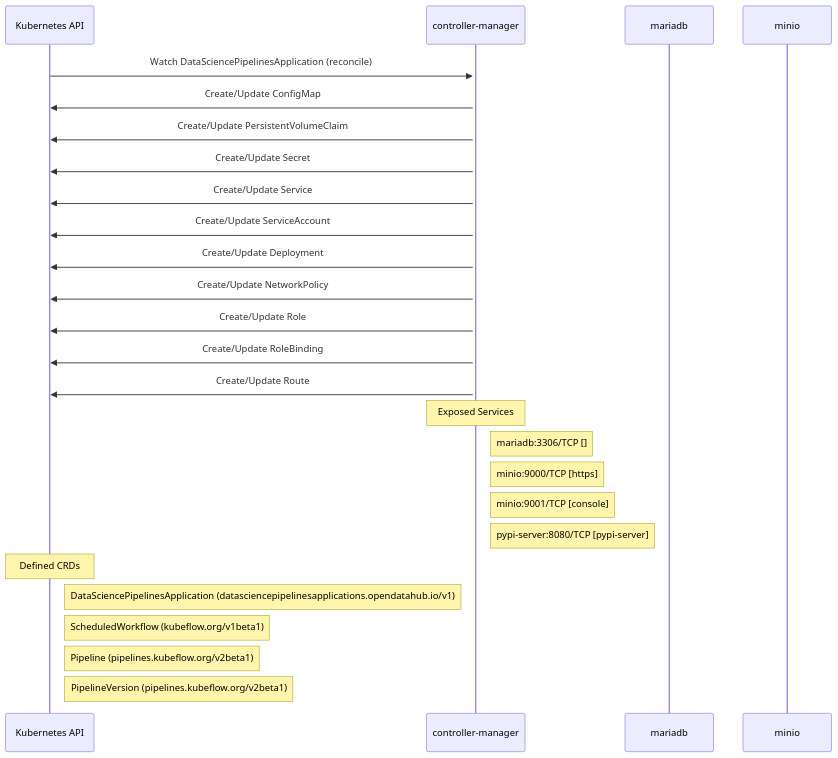
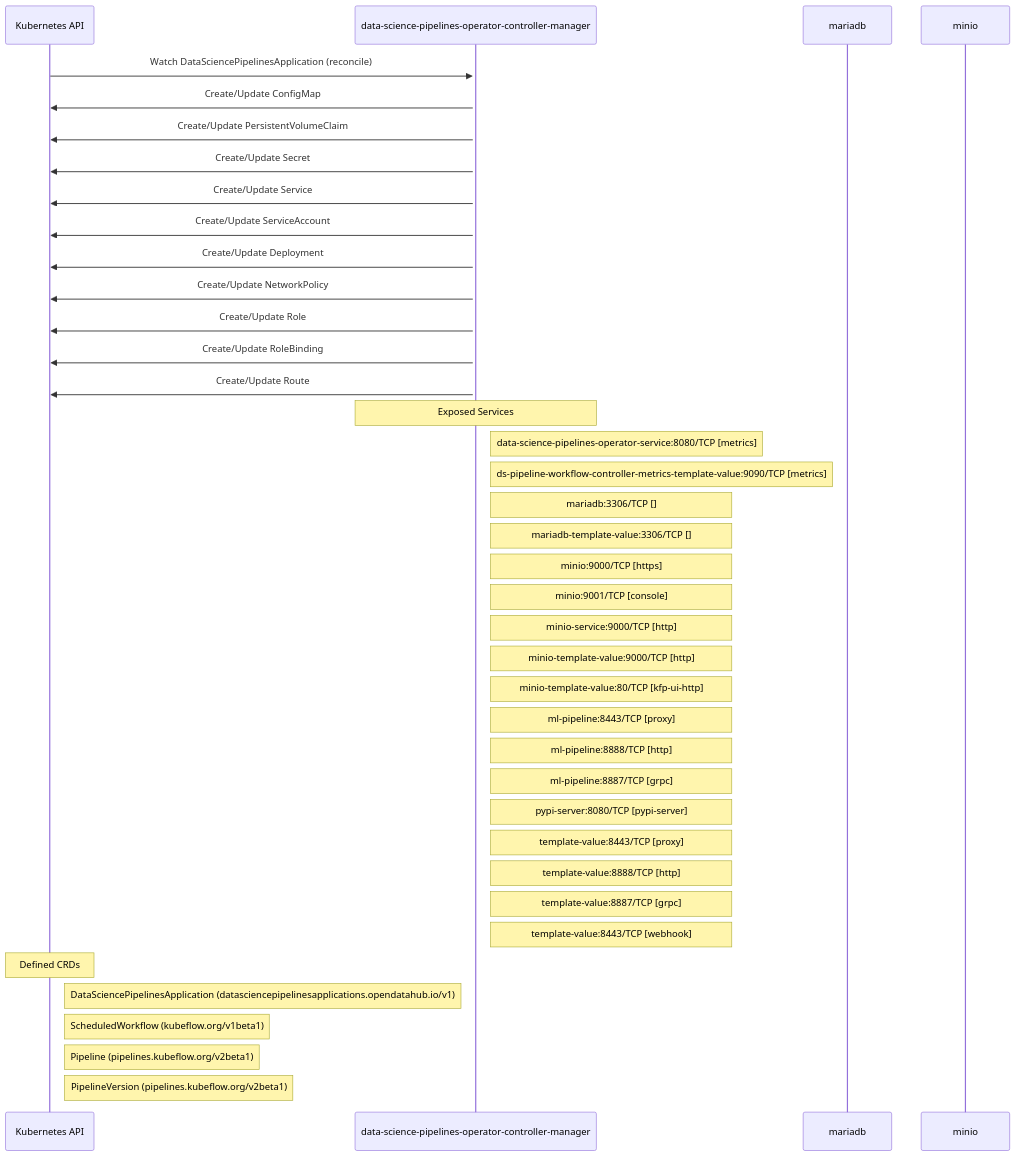
Before and after one commit to ugiordan/architecture-analyzer: the diagram in site/docs/rhoai-platform/components/data_science_pipelines_operator/dataflow.md, drawn with Mermaid. The commit also changed other lines of this file and 299 other files, not shown here.

````diff
--- a/site/docs/rhoai-platform/components/data_science_pipelines_operator/dataflow.md
+++ b/site/docs/rhoai-platform/components/data_science_pipelines_operator/dataflow.md
@@ -25,33 +25,46 @@
 ```mermaid
 sequenceDiagram
     %% Static dataflow for data-science-pipelines-operator
 
     participant KubernetesAPI as Kubernetes API
-    participant controller_manager as controller-manager
+    participant data_science_pipelines_operator_controller_manager as data-science-pipelines-operator-controller-manager
     participant mariadb as mariadb
     participant minio as minio
 
-    KubernetesAPI->>+controller_manager: Watch DataSciencePipelinesApplication (reconcile)
-    controller_manager->>KubernetesAPI: Create/Update ConfigMap
-    controller_manager->>KubernetesAPI: Create/Update PersistentVolumeClaim
-    controller_manager->>KubernetesAPI: Create/Update Secret
-    controller_manager->>KubernetesAPI: Create/Update Service
-    controller_manager->>KubernetesAPI: Create/Update ServiceAccount
-    controller_manager->>KubernetesAPI: Create/Update Deployment
-    controller_manager->>KubernetesAPI: Create/Update NetworkPolicy
-    controller_manager->>KubernetesAPI: Create/Update Role
-    controller_manager->>KubernetesAPI: Create/Update RoleBinding
-    controller_manager->>KubernetesAPI: Create/Update Route
+    KubernetesAPI->>+data_science_pipelines_operator_controller_manager: Watch DataSciencePipelinesApplication (reconcile)
+    data_science_pipelines_operator_controller_manager->>KubernetesAPI: Create/Update ConfigMap
+    data_science_pipelines_operator_controller_manager->>KubernetesAPI: Create/Update PersistentVolumeClaim
+    data_science_pipelines_operator_controller_manager->>KubernetesAPI: Create/Update Secret
+    data_science_pipelines_operator_controller_manager->>KubernetesAPI: Create/Update Service
+    data_science_pipelines_operator_controller_manager->>KubernetesAPI: Create/Update ServiceAccount
+    data_science_pipelines_operator_controller_manager->>KubernetesAPI: Create/Update Deployment
+    data_science_pipelines_operator_controller_manager->>KubernetesAPI: Create/Update NetworkPolicy
+    data_science_pipelines_operator_controller_manager->>KubernetesAPI: Create/Update Role
+    data_science_pipelines_operator_controller_manager->>KubernetesAPI: Create/Update RoleBinding
+    data_science_pipelines_operator_controller_manager->>KubernetesAPI: Create/Update Route
 
-    Note over controller_manager: Exposed Services
-    Note right of controller_manager: mariadb:3306/TCP []
-    Note right of controller_manager: minio:9000/TCP [https]
-    Note right of controller_manager: minio:9001/TCP [console]
-    Note right of controller_manager: pypi-server:8080/TCP [pypi-server]
+    Note over data_science_pipelines_operator_controller_manager: Exposed Services
+    Note right of data_science_pipelines_operator_controller_manager: data-science-pipelines-operator-service:8080/TCP [metrics]
+    Note right of data_science_pipelines_operator_controller_manager: ds-pipeline-workflow-controller-metrics-template-value:9090/TCP [metrics]
+    Note right of data_science_pipelines_operator_controller_manager: mariadb:3306/TCP []
+    Note right of data_science_pipelines_operator_controller_manager: mariadb-template-value:3306/TCP []
+    Note right of data_science_pipelines_operator_controller_manager: minio:9000/TCP [https]
+    Note right of data_science_pipelines_operator_controller_manager: minio:9001/TCP [console]
+    Note right of data_science_pipelines_operator_controller_manager: minio-service:9000/TCP [http]
+    Note right of data_science_pipelines_operator_controller_manager: minio-template-value:9000/TCP [http]
+    Note right of data_science_pipelines_operator_controller_manager: minio-template-value:80/TCP [kfp-ui-http]
+    Note right of data_science_pipelines_operator_controller_manager: ml-pipeline:8443/TCP [proxy]
+    Note right of data_science_pipelines_operator_controller_manager: ml-pipeline:8888/TCP [http]
+    Note right of data_science_pipelines_operator_controller_manager: ml-pipeline:8887/TCP [grpc]
+    Note right of data_science_pipelines_operator_controller_manager: pypi-server:8080/TCP [pypi-server]
+    Note right of data_science_pipelines_operator_controller_manager: template-value:8443/TCP [proxy]
+    Note right of data_science_pipelines_operator_controller_manager: template-value:8888/TCP [http]
+    Note right of data_science_pipelines_operator_controller_manager: template-value:8887/TCP [grpc]
+    Note right of data_science_pipelines_operator_controller_manager: template-value:8443/TCP [webhook]
 
     Note over KubernetesAPI: Defined CRDs
     Note right of KubernetesAPI: DataSciencePipelinesApplication (datasciencepipelinesapplications.opendatahub.io/v1)
     Note right of KubernetesAPI: ScheduledWorkflow (kubeflow.org/v1beta1)
     Note right of KubernetesAPI: Pipeline (pipelines.kubeflow.org/v2beta1)
     Note right of KubernetesAPI: PipelineVersion (pipelines.kubeflow.org/v2beta1)
 ```
````
